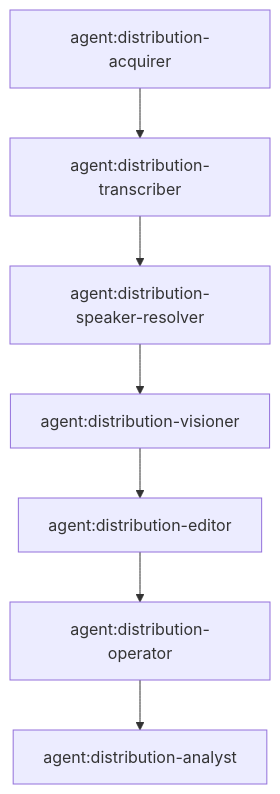
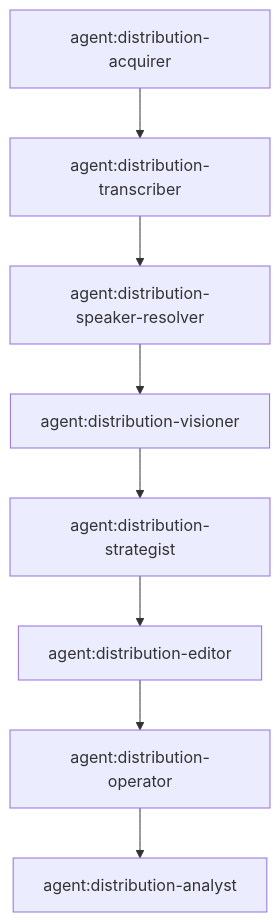
One commit to lalalic/neo changed the diagram in content-distribution/graph.mmd. Above: the diagram before and after it, drawn with Mermaid. The commit also changed 23 other files, not shown here.

```diff
--- a/content-distribution/graph.mmd
+++ b/content-distribution/graph.mmd
@@ -1,7 +1,8 @@
 flowchart TD
     acquire[agent:distribution-acquirer] --> stt[agent:distribution-transcriber]
     stt --> speakers[agent:distribution-speaker-resolver]
     speakers --> vision[agent:distribution-visioner]
-    vision --> edit[agent:distribution-editor]
+    vision --> strategy[agent:distribution-strategist]
+    strategy --> edit[agent:distribution-editor]
     edit --> release[agent:distribution-operator]
     release --> measure[agent:distribution-analyst]
```
